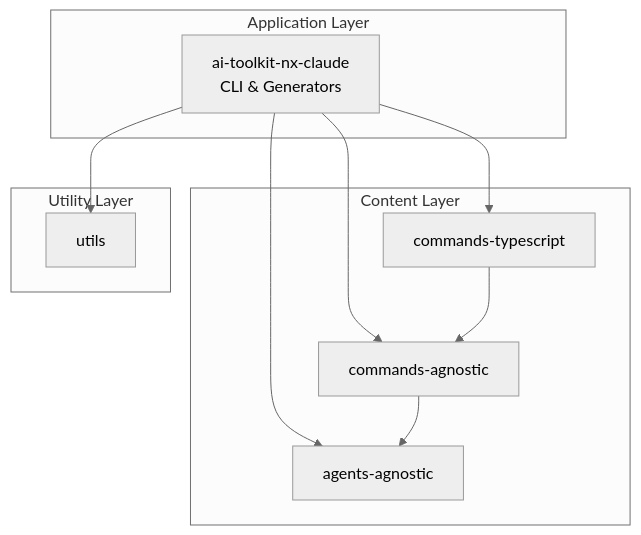
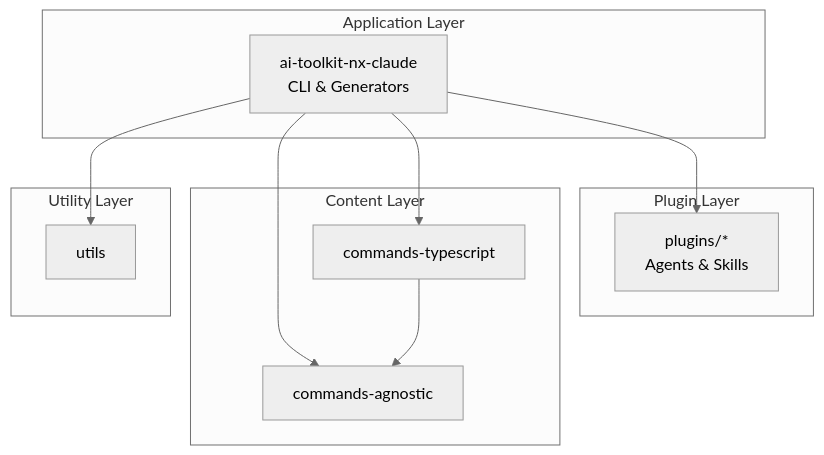
The first of 4 diagrams in docs/readmes/DEVELOPMENT.md (Uniswap/ai-toolkit), drawn with Mermaid (neutral theme) before and after one commit. The commit also changed other lines of this file and 54 other files, not shown here.

````diff
--- a/docs/readmes/DEVELOPMENT.md
+++ b/docs/readmes/DEVELOPMENT.md
@@ -49,24 +49,26 @@
 ```mermaid
 graph TD
     subgraph "Application Layer"
         CLI[ai-toolkit-nx-claude<br/>CLI & Generators]
     end
 
+    subgraph "Plugin Layer"
+        PLUGINS[plugins/*<br/>Agents & Skills]
+    end
+
     subgraph "Content Layer"
-        AGENTS[agents-agnostic]
         COMMANDS[commands-agnostic]
         COMMANDS_TS[commands-typescript]
     end
 
     subgraph "Utility Layer"
         UTILS[utils]
     end
 
-    CLI --> AGENTS
+    CLI --> PLUGINS
     CLI --> COMMANDS
     CLI --> COMMANDS_TS
     CLI --> UTILS
 
-    COMMANDS --> AGENTS
     COMMANDS_TS --> COMMANDS
 ```
````
